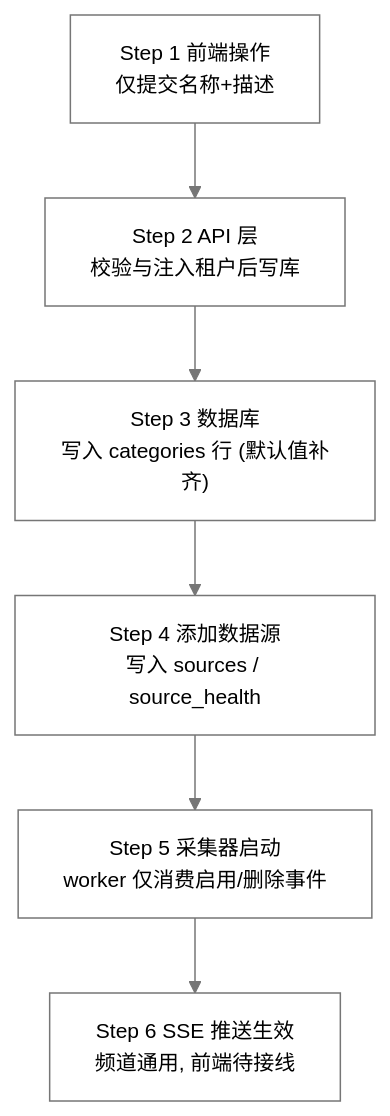
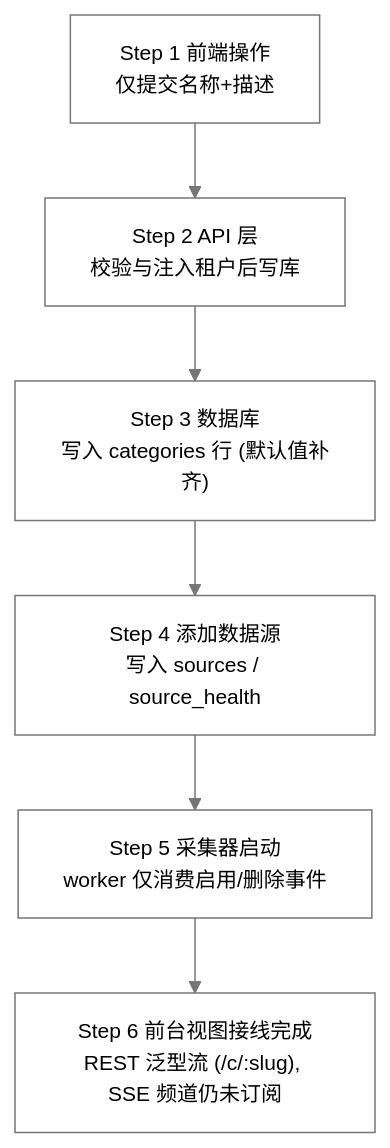
One commit to onceme/instantboard changed the third of 6 diagrams in docs/dev-guide/design/content-categories.md. Above: the diagram before and after it, drawn with Mermaid. The commit also changed other lines of this file and 16 other files, not shown here.

````diff
--- a/docs/dev-guide/design/content-categories.md
+++ b/docs/dev-guide/design/content-categories.md
@@ -231,11 +231,11 @@
 ```mermaid
 %%{init: {"theme": "base", "themeVariables": {"primaryColor": "#ffffff", "primaryTextColor": "#000000", "primaryBorderColor": "#767676", "lineColor": "#767676", "arrowheadColor": "#767676", "secondaryColor": "#ffffff", "secondaryTextColor": "#000000", "secondaryBorderColor": "#767676", "tertiaryColor": "#ffffff", "tertiaryTextColor": "#000000", "tertiaryBorderColor": "#767676", "edgeLabelBackground": "#ffffff", "textColor": "#000000", "nodeTextColor": "#000000", "mainBkg": "#ffffff", "nodeBorder": "#767676", "clusterBkg": "#ffffff", "clusterBdr": "#767676", "clusterTextColor": "#000000", "titleColor": "#000000", "fontSize": "14px"}, "flowchart": {"nodeSpacing": 40, "rankSpacing": 50, "wrappingWidth": 180, "useMaxWidth": true}}}%%
 graph TD
     step1["Step 1 前端操作<br/>仅提交名称+描述"]
     step2["Step 2 API 层<br/>校验与注入租户后写库"]
     step3["Step 3 数据库<br/>写入 categories 行 (默认值补齐)"]
     step4["Step 4 添加数据源<br/>写入 sources / source_health"]
     step5["Step 5 采集器启动<br/>worker 仅消费启用/删除事件"]
-    step6["Step 6 SSE 推送生效<br/>频道通用, 前端待接线"]
+    step6["Step 6 前台视图接线完成<br/>REST 泛型流 (/c/:slug), SSE 频道仍未订阅"]
     step1 --> step2 --> step3 --> step4 --> step5 --> step6
 ```
````
